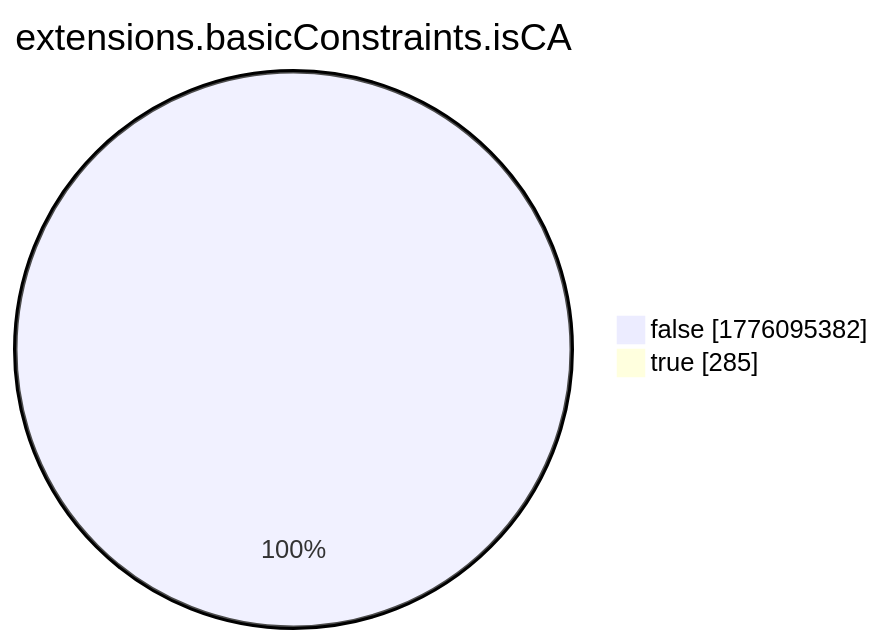
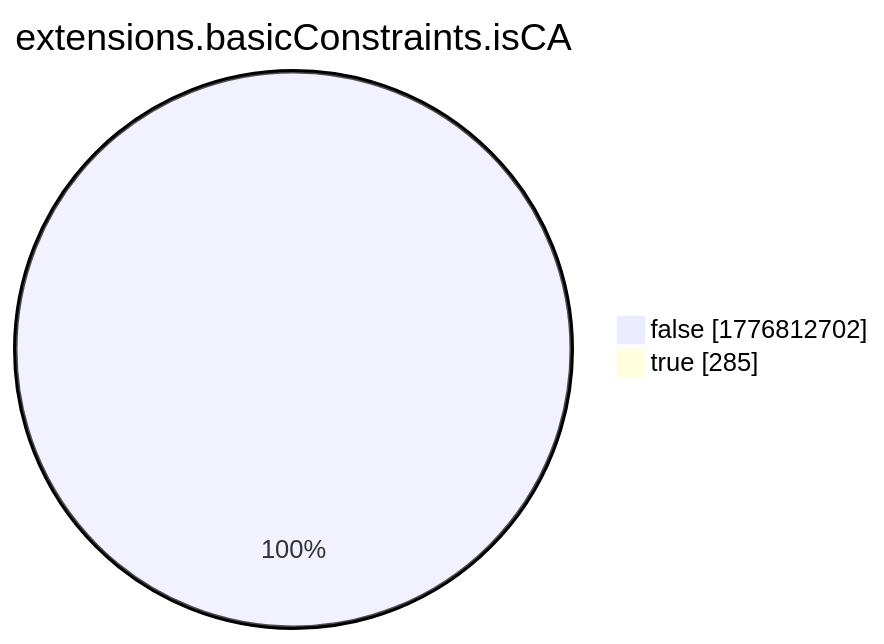
The eighth of 15 diagrams in xenon2022/README.md (christiankrug/ctmonitor_visualization), drawn with Mermaid before and after one commit. The commit also changed other lines of this file, not shown here.

````diff
--- a/xenon2022/README.md
+++ b/xenon2022/README.md
@@ -2868,6 +2868,6 @@
 ```mermaid
 pie showData
 title extensions.basicConstraints.isCA
-"false" :1776095382
+"false" :1776812702
 "true" :285
 ```
````
